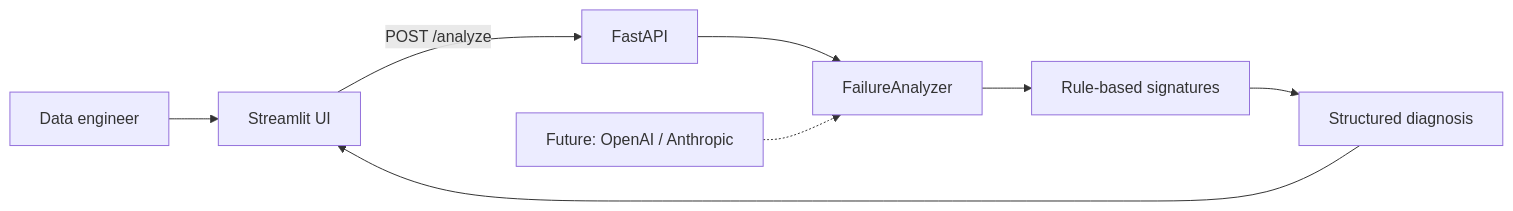
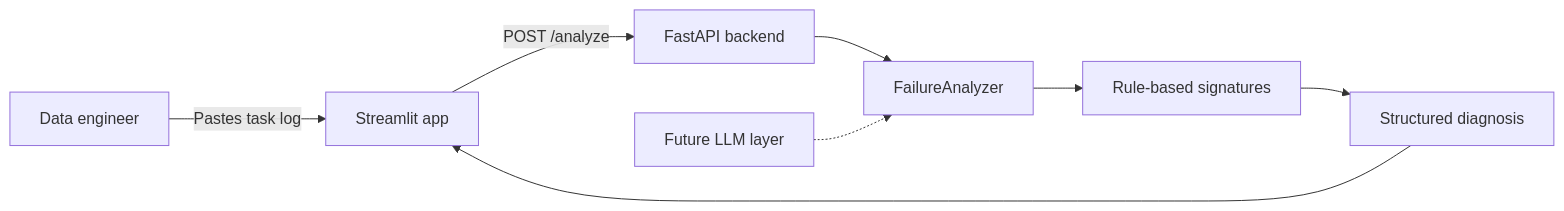
Before and after one commit to yang2695/airflow-ai-failure-analyzer: the diagram in README.md, drawn with Mermaid. The commit also changed other lines of this file and 10 other files, not shown here.

````diff
--- a/README.md
+++ b/README.md
@@ -9,10 +26,10 @@
 ```mermaid
 flowchart LR
-  A[Data engineer] --> B[Streamlit UI]
-  B -->|POST /analyze| C[FastAPI]
+  A[Data engineer] -->|Pastes task log| B[Streamlit app]
+  B -->|POST /analyze| C[FastAPI backend]
   C --> D[FailureAnalyzer]
   D --> E[Rule-based signatures]
   E --> F[Structured diagnosis]
   F --> B
-  G[Future: OpenAI / Anthropic] -.-> D
+  G[Future LLM layer] -.-> D
 ```
````
